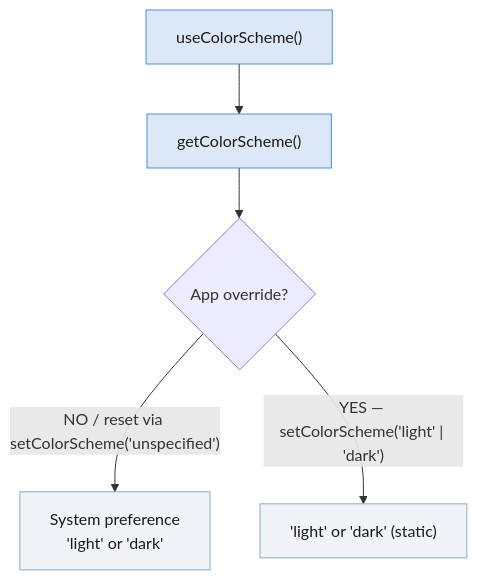
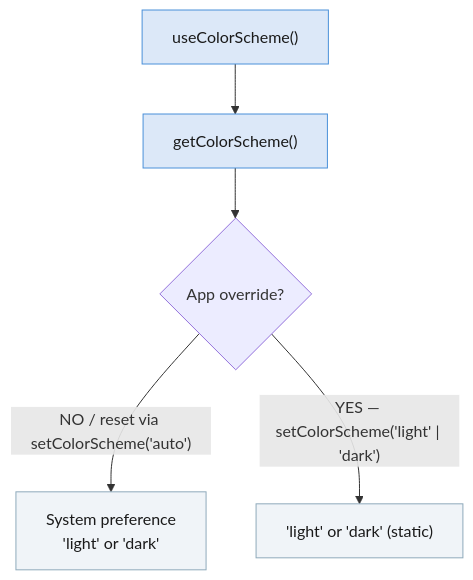
One commit to facebook/react-native-website changed the diagram in docs/appearance.md. Above: the diagram before and after it, drawn with Mermaid. The commit also changed other lines of this file, not shown here.

Commit message:
[docs] Update Appearance.setColorScheme keys (0.87) (#5070)

````diff
--- a/docs/appearance.md
+++ b/docs/appearance.md
@@ -64,12 +64,12 @@
 ```mermaid
 flowchart TD
     USC["useColorScheme()"] --> GCS["getColorScheme()"]
     GCS --> DEC{App override?}
-    DEC -- "NO / reset via setColorScheme('unspecified')" --> SYS["System preference\n'light' or 'dark'"]
+    DEC -- "NO / reset via setColorScheme('auto')" --> SYS["System preference\n'light' or 'dark'"]
     DEC -- "YES — setColorScheme('light' | 'dark')" --> OVR["'light' or 'dark' (static)"]
 
     classDef fn fill:#dce8f8,stroke:#4a90d9,color:#1a1a1a
     classDef out fill:#f0f4f8,stroke:#8faabb,color:#1a1a1a
     class USC,GCS fn
     class OVR,SYS out
 ```
````
